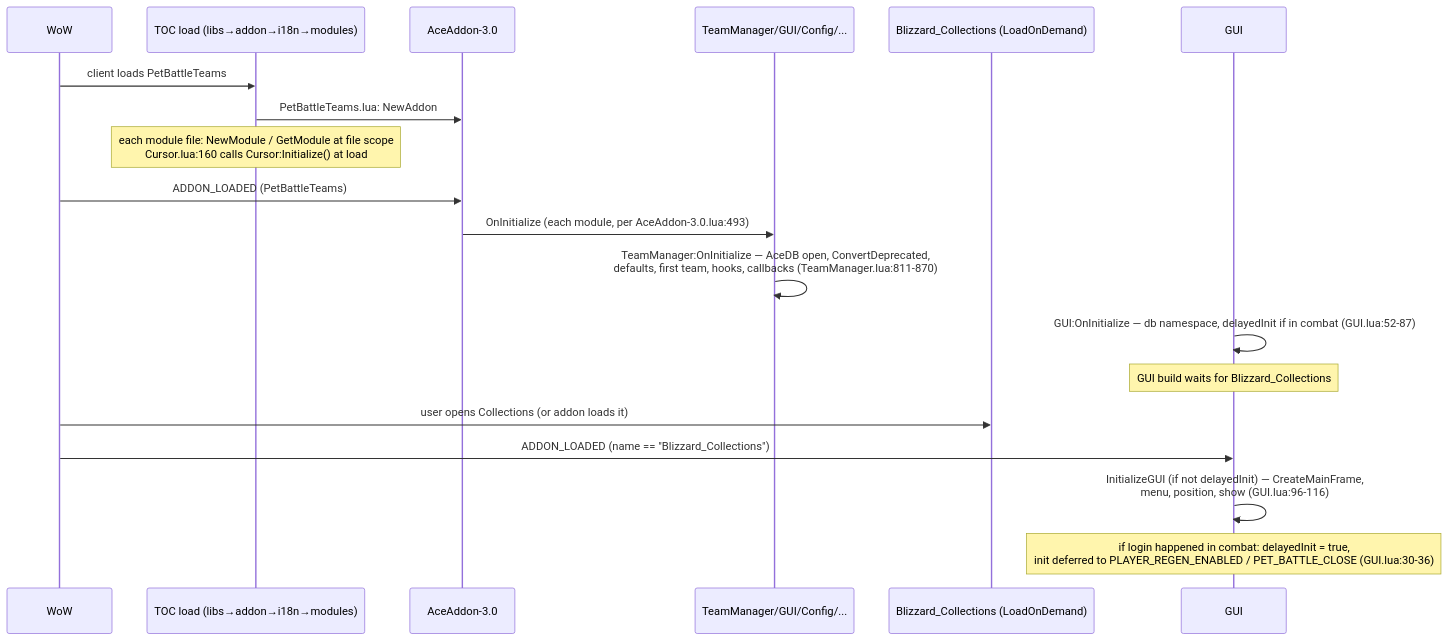
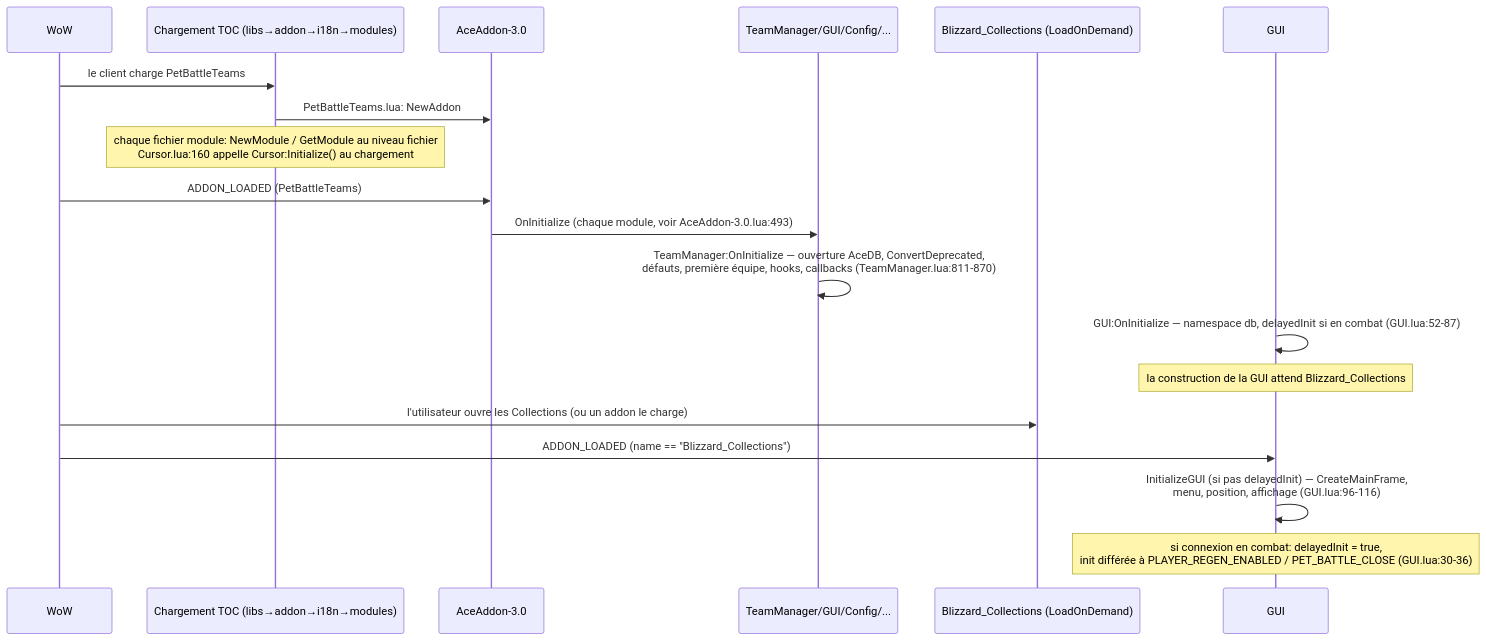
The second of 4 diagrams in docs/ARCHITECTURE.md (KaspOu/KPetBattle-Teams), drawn with Mermaid before and after one commit. The commit also changed other lines of this file and 2 other files, not shown here.

First line of the commit message:
docs: traduire AGENTS.md et docs/ARCHITECTURE.md en français

````diff
--- a/docs/ARCHITECTURE.md
+++ b/docs/ARCHITECTURE.md
@@ -263,22 +277,22 @@
 ```mermaid
 sequenceDiagram
   participant WoW
-  participant TOC as TOC load (libs→addon→i18n→modules)
+  participant TOC as Chargement TOC (libs→addon→i18n→modules)
   participant AA as AceAddon-3.0
   participant TM as TeamManager/GUI/Config/...
   participant BC as Blizzard_Collections (LoadOnDemand)
   participant GUI as GUI
 
-  WoW->>TOC: client loads PetBattleTeams
+  WoW->>TOC: le client charge PetBattleTeams
   TOC->>AA: PetBattleTeams.lua: NewAddon
-  Note over TOC: each module file: NewModule / GetModule at file scope<br/>Cursor.lua:160 calls Cursor:Initialize() at load
+  Note over TOC: chaque fichier module: NewModule / GetModule au niveau fichier<br/>Cursor.lua:160 appelle Cursor:Initialize() au chargement
   WoW->>AA: ADDON_LOADED (PetBattleTeams)
-  AA->>TM: OnInitialize (each module, per AceAddon-3.0.lua:493)
-  TM->>TM: TeamManager:OnInitialize — AceDB open, ConvertDeprecated,<br/>defaults, first team, hooks, callbacks (TeamManager.lua:811-870)
-  GUI->>GUI: GUI:OnInitialize — db namespace, delayedInit if in combat (GUI.lua:52-87)
-  Note over GUI: GUI build waits for Blizzard_Collections
-  WoW->>BC: user opens Collections (or addon loads it)
+  AA->>TM: OnInitialize (chaque module, voir AceAddon-3.0.lua:493)
+  TM->>TM: TeamManager:OnInitialize — ouverture AceDB, ConvertDeprecated,<br/>défauts, première équipe, hooks, callbacks (TeamManager.lua:811-870)
+  GUI->>GUI: GUI:OnInitialize — namespace db, delayedInit si en combat (GUI.lua:52-87)
+  Note over GUI: la construction de la GUI attend Blizzard_Collections
+  WoW->>BC: l'utilisateur ouvre les Collections (ou un addon le charge)
   WoW->>GUI: ADDON_LOADED (name == "Blizzard_Collections")
-  GUI->>GUI: InitializeGUI (if not delayedInit) — CreateMainFrame,<br/>menu, position, show (GUI.lua:96-116)
-  Note over GUI: if login happened in combat: delayedInit = true,<br/>init deferred to PLAYER_REGEN_ENABLED / PET_BATTLE_CLOSE (GUI.lua:30-36)
+  GUI->>GUI: InitializeGUI (si pas delayedInit) — CreateMainFrame,<br/>menu, position, affichage (GUI.lua:96-116)
+  Note over GUI: si connexion en combat: delayedInit = true,<br/>init différée à PLAYER_REGEN_ENABLED / PET_BATTLE_CLOSE (GUI.lua:30-36)
 ```
````
